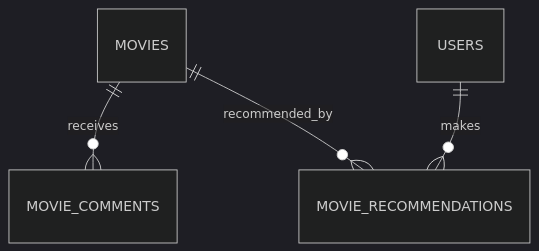
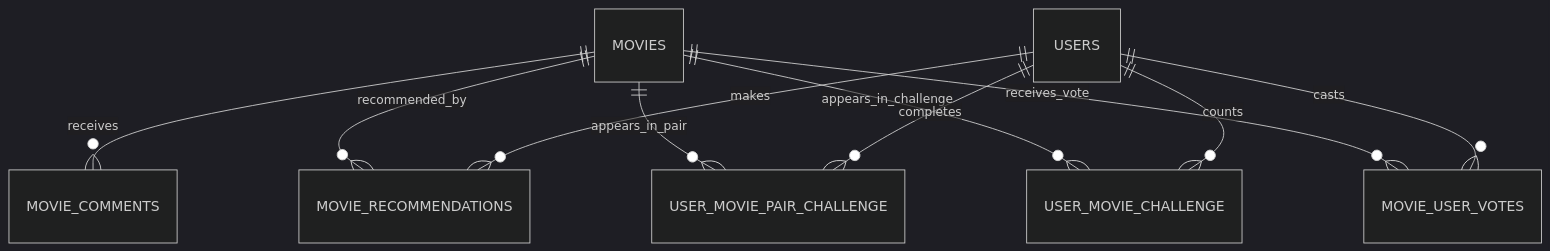
The second of 2 diagrams in docs/capabilities/movie-catalog/entity_model.md (skyglass/movie-stream-workshop), drawn with Mermaid (dark theme) before and after one commit. The commit also changed other lines of this file and 40 other files, not shown here.

First line of the commit message:
Implemented Movie Challenge end to end.

````diff
--- a/docs/capabilities/movie-catalog/entity_model.md
+++ b/docs/capabilities/movie-catalog/entity_model.md
@@ -38,6 +46,12 @@
 ```mermaid
 erDiagram
     MOVIES ||--o{ MOVIE_COMMENTS : receives
     MOVIES ||--o{ MOVIE_RECOMMENDATIONS : recommended_by
+    MOVIES ||--o{ USER_MOVIE_PAIR_CHALLENGE : appears_in_pair
+    MOVIES ||--o{ USER_MOVIE_CHALLENGE : appears_in_challenge
+    MOVIES ||--o{ MOVIE_USER_VOTES : receives_vote
     USERS ||--o{ MOVIE_RECOMMENDATIONS : makes
+    USERS ||--o{ USER_MOVIE_PAIR_CHALLENGE : completes
+    USERS ||--o{ USER_MOVIE_CHALLENGE : counts
+    USERS ||--o{ MOVIE_USER_VOTES : casts
 ```
````
